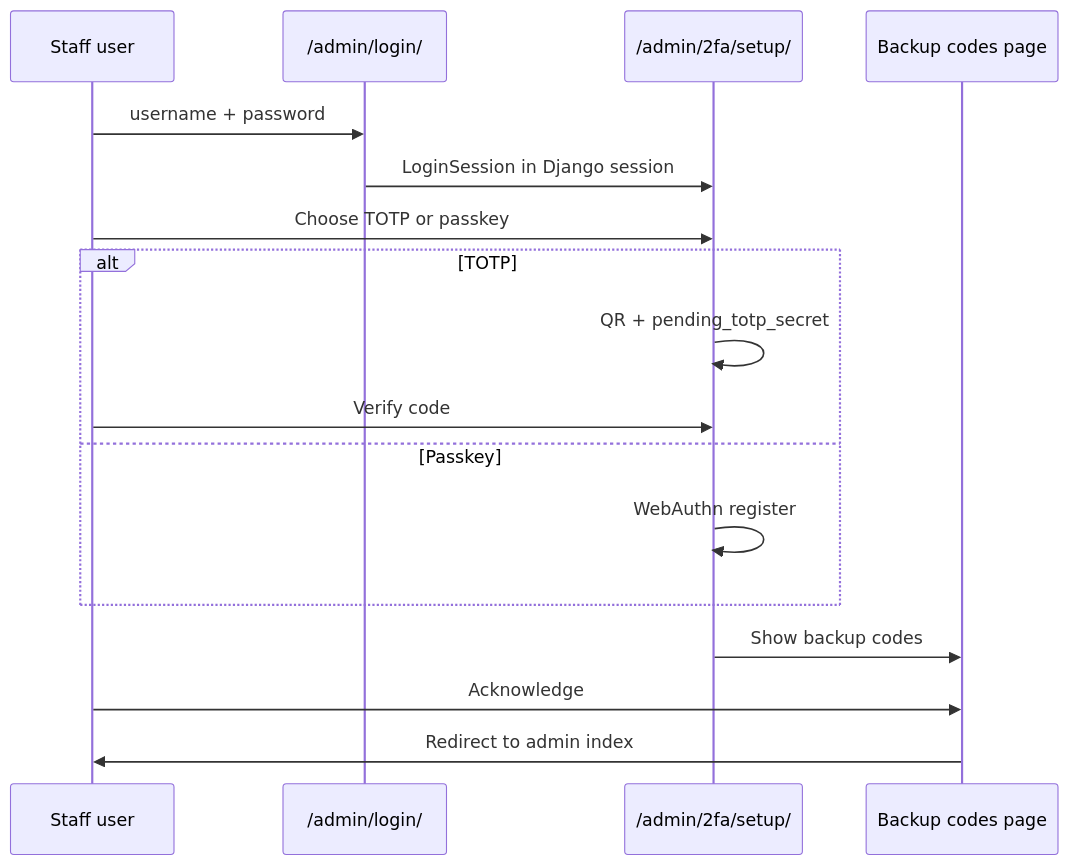
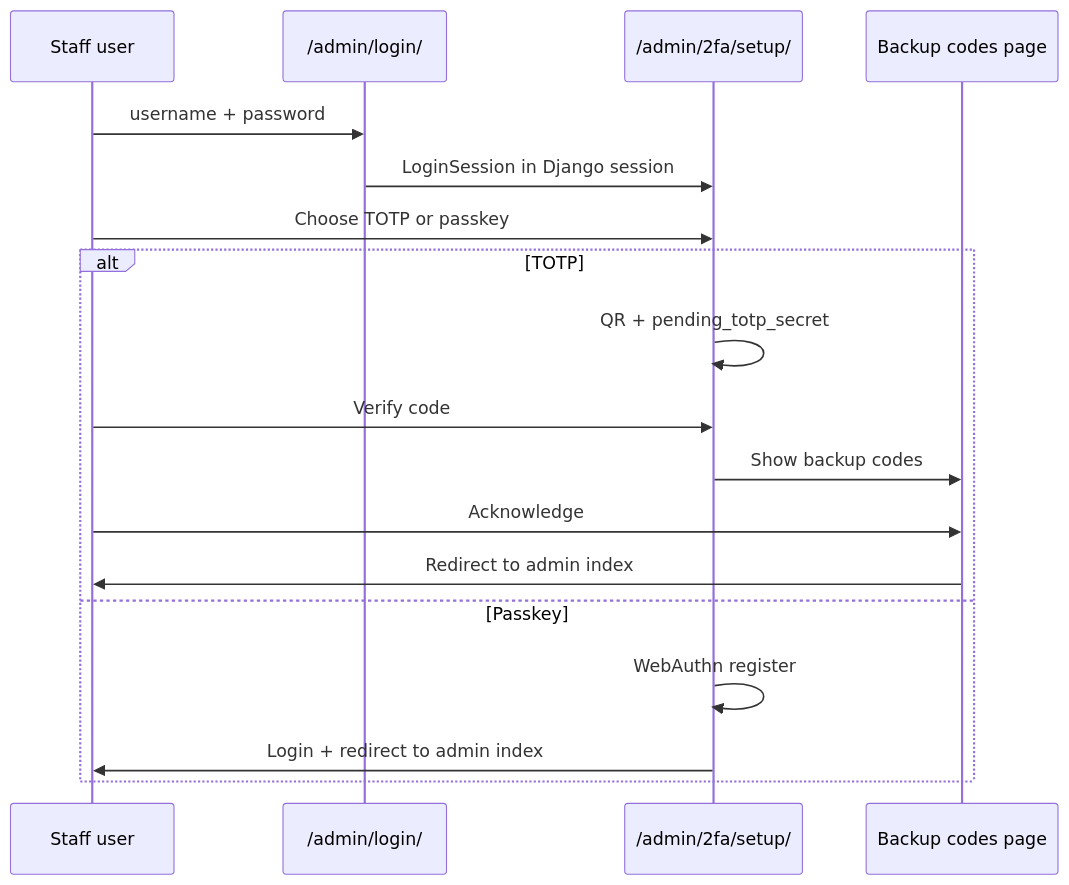
Before and after one commit to loknuslabs/django-lokdown: the fourth of 4 diagrams in lokdown/docs/AUTHENTICATION.md, drawn with Mermaid. The commit also changed other lines of this file and 14 other files, not shown here.

First line of the commit message:
Sp 61 fix passkeys with backup codes (#34)

````diff
--- a/lokdown/docs/AUTHENTICATION.md
+++ b/lokdown/docs/AUTHENTICATION.md
@@ -1353,20 +1353,21 @@
 ```mermaid
 sequenceDiagram
     participant U as Staff user
     participant A as /admin/login/
     participant S as /admin/2fa/setup/
     participant B as Backup codes page
 
     U->>A: username + password
     A->>S: LoginSession in Django session
     U->>S: Choose TOTP or passkey
     alt TOTP
         S->>S: QR + pending_totp_secret
         U->>S: Verify code
+        S->>B: Show backup codes
+        U->>B: Acknowledge
+        B->>U: Redirect to admin index
     else Passkey
         S->>S: WebAuthn register
+        S->>U: Login + redirect to admin index
     end
-    S->>B: Show backup codes
-    U->>B: Acknowledge
-    B->>U: Redirect to admin index
 ```
````
